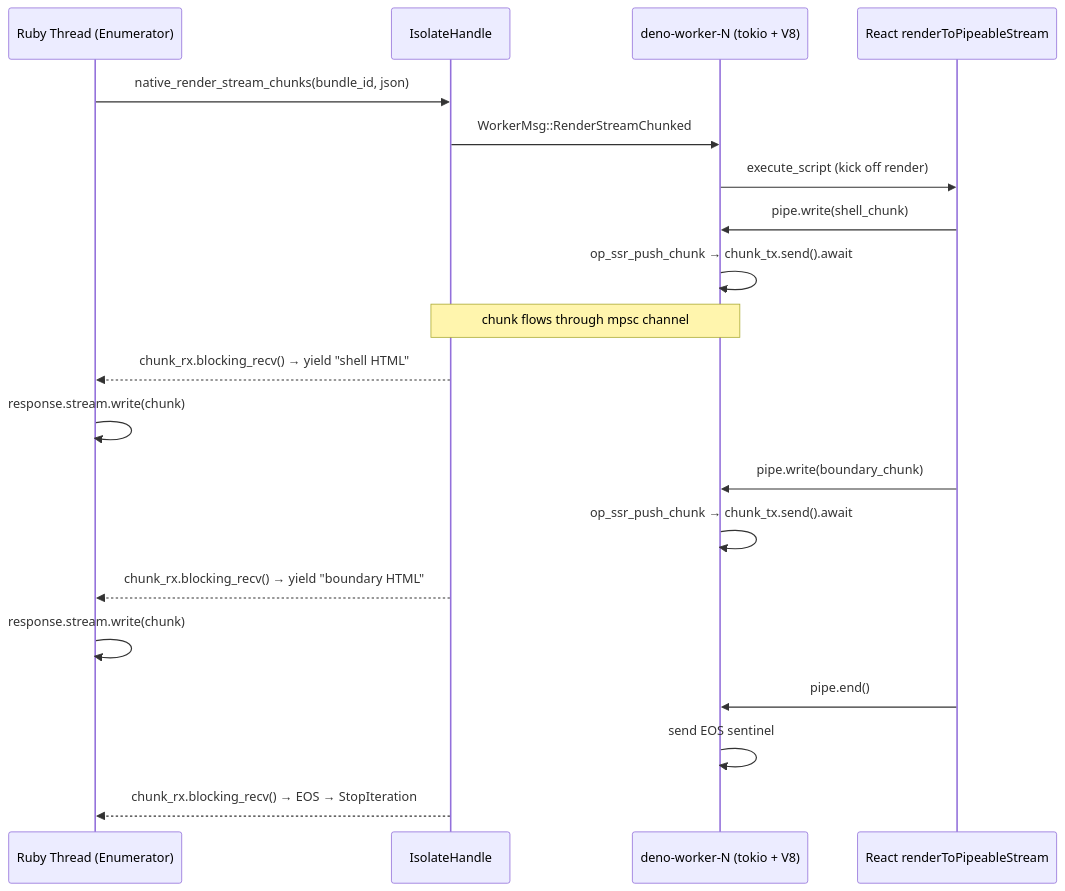
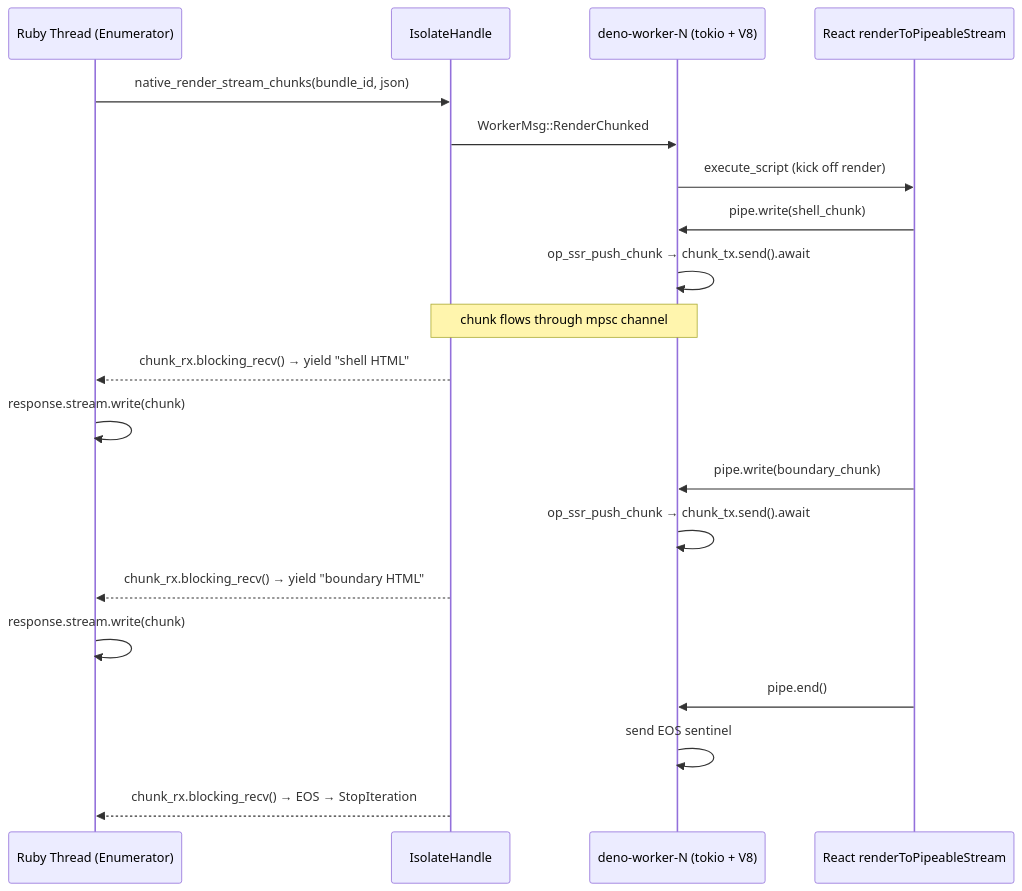
One commit to mdesantis/ssr-deno changed the diagram in plans/chunked-http-streaming.md. Above: the diagram before and after it, drawn with Mermaid. The commit also changed other lines of this file and 20 other files, not shown here.

````diff
--- a/plans/chunked-http-streaming.md
+++ b/plans/chunked-http-streaming.md
@@ -165,25 +162,25 @@
 ```mermaid
 sequenceDiagram
     participant Ruby as Ruby Thread (Enumerator)
     participant Handle as IsolateHandle
     participant Worker as deno-worker-N (tokio + V8)
     participant React as React renderToPipeableStream
 
     Ruby->>Handle: native_render_stream_chunks(bundle_id, json)
-    Handle->>Worker: WorkerMsg::RenderStreamChunked
+    Handle->>Worker: WorkerMsg::RenderChunked
     Worker->>React: execute_script (kick off render)
     React->>Worker: pipe.write(shell_chunk)
     Worker->>Worker: op_ssr_push_chunk → chunk_tx.send().await
     Note over Handle,Worker: chunk flows through mpsc channel
     Handle-->>Ruby: chunk_rx.blocking_recv() → yield "shell HTML"
     Ruby->>Ruby: response.stream.write(chunk)
 
     React->>Worker: pipe.write(boundary_chunk)
     Worker->>Worker: op_ssr_push_chunk → chunk_tx.send().await
     Handle-->>Ruby: chunk_rx.blocking_recv() → yield "boundary HTML"
     Ruby->>Ruby: response.stream.write(chunk)
 
     React->>Worker: pipe.end()
     Worker->>Worker: send EOS sentinel
     Handle-->>Ruby: chunk_rx.blocking_recv() → EOS → StopIteration
 ```
````
